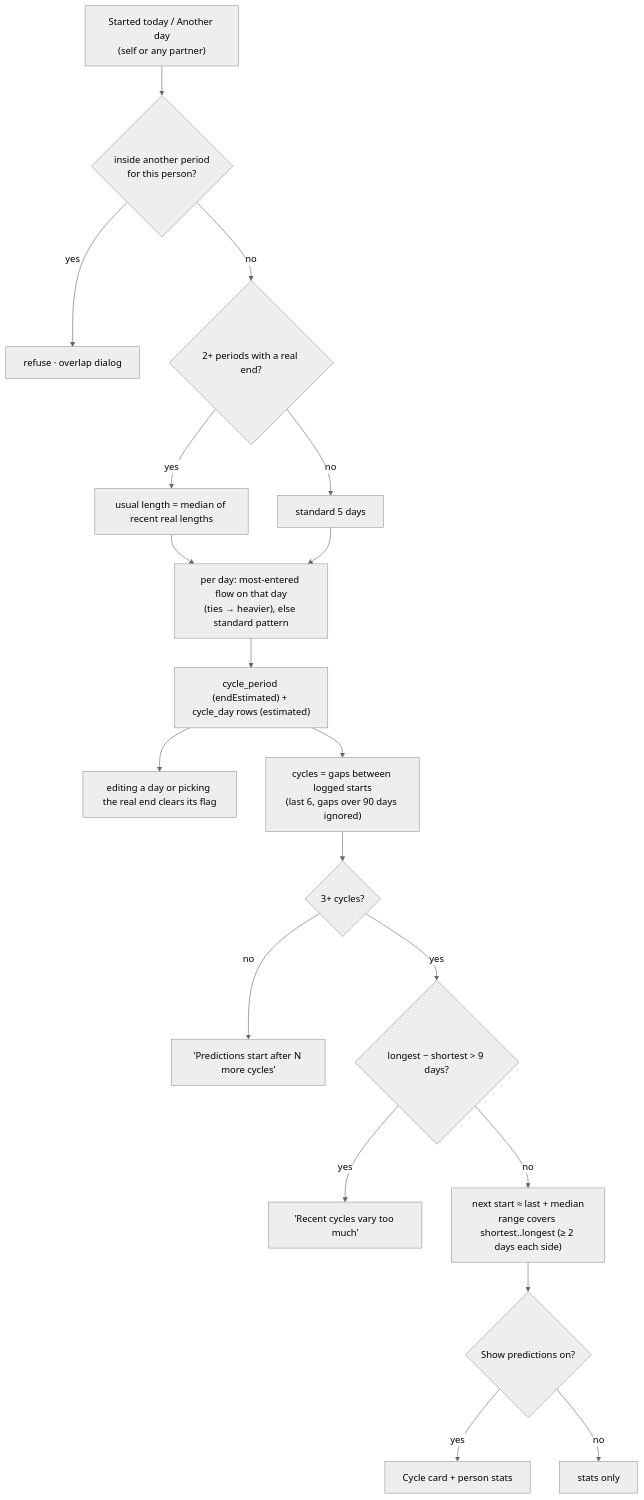
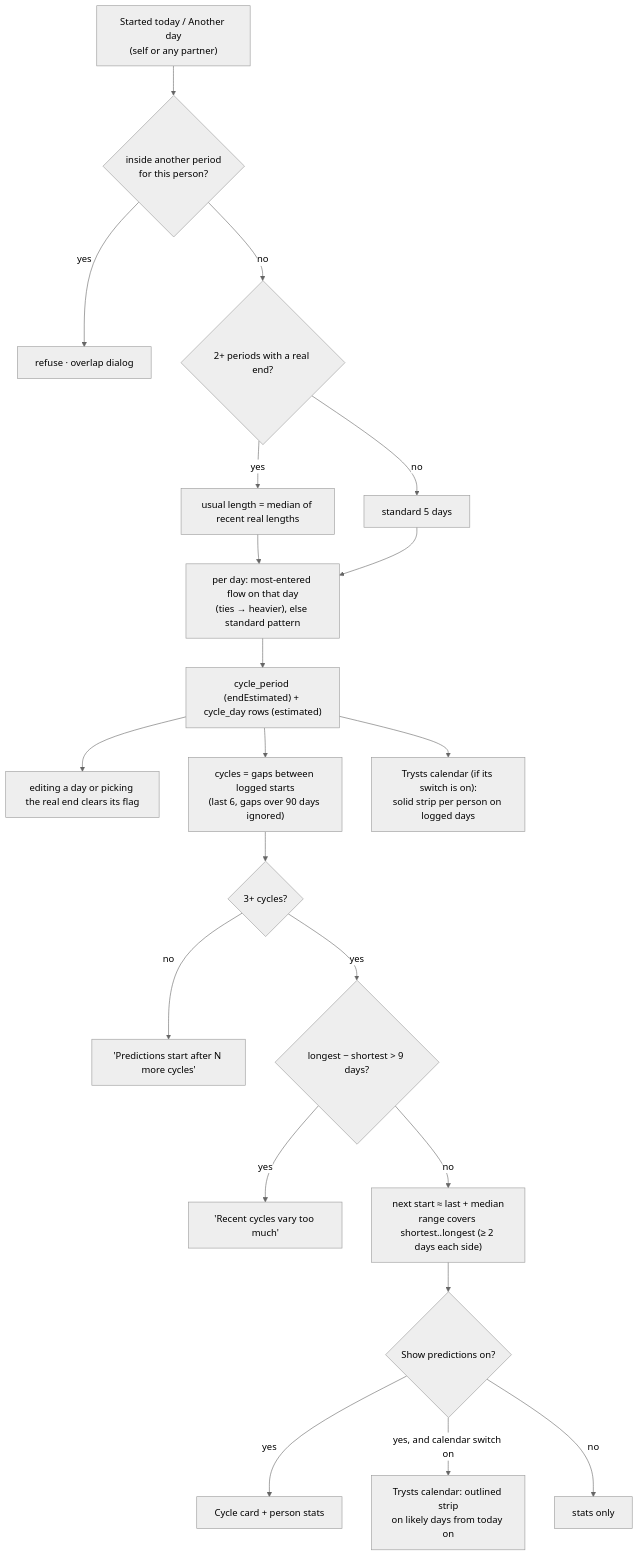
Before and after one commit to herbiewalker/tryst: the tenth of 10 diagrams in docs/FLOWCHARTS.md, drawn with Mermaid (neutral theme). The commit also changed 13 other files, not shown here.

First line of the commit message:
feat(cycle): periods on the Trysts calendar (CYC-1 0.7.2)

````diff
--- a/docs/FLOWCHARTS.md
+++ b/docs/FLOWCHARTS.md
@@ -238,22 +238,24 @@
 ```mermaid
 flowchart TD
     TAP["Started today / Another day<br/>(self or any partner)"] --> OV{"inside another period<br/>for this person?"}
     OV -->|yes| REF["refuse · overlap dialog"]
     OV -->|no| LEN{"2+ periods with a real end?"}
     LEN -->|yes| MED["usual length = median of recent real lengths"]
     LEN -->|no| STD["standard 5 days"]
     MED --> FLOW["per day: most-entered flow on that day<br/>(ties → heavier), else standard pattern"]
     STD --> FLOW
     FLOW --> SAVE["cycle_period (endEstimated) + cycle_day rows (estimated)"]
     SAVE --> EDIT["editing a day or picking the real end clears its flag"]
 
     SAVE --> GAPS["cycles = gaps between logged starts<br/>(last 6, gaps over 90 days ignored)"]
     GAPS --> N{"3+ cycles?"}
     N -->|no| NEED["'Predictions start after N more cycles'"]
     N -->|yes| SPR{"longest − shortest > 9 days?"}
     SPR -->|yes| IRR["'Recent cycles vary too much'"]
     SPR -->|no| RANGE["next start ≈ last + median<br/>range covers shortest..longest (≥ 2 days each side)"]
     RANGE --> SHOW{"Show predictions on?"}
     SHOW -->|yes| UI["Cycle card + person stats"]
+    SHOW -->|yes, and calendar switch on| CAL["Trysts calendar: outlined strip<br/>on likely days from today on"]
+    SAVE --> LOGCAL["Trysts calendar (if its switch is on):<br/>solid strip per person on logged days"]
     SHOW -->|no| HIDE["stats only"]
 ```
````
